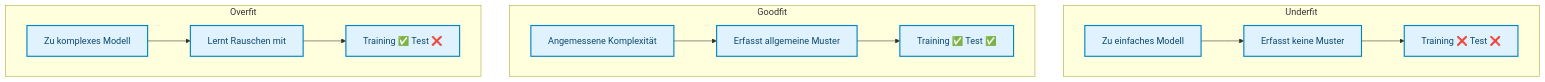
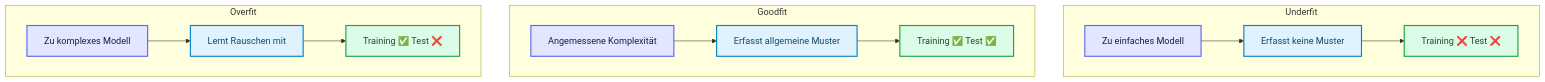
Before and after one commit to ralf-42/ML_Intro: the second of 7 diagrams in docs/concepts/evaluate/overfitting.md, drawn with Mermaid. The commit also changed 49 other files, not shown here.

````diff
--- a/docs/concepts/evaluate/overfitting.md
+++ b/docs/concepts/evaluate/overfitting.md
@@ -65,25 +65,30 @@
 ```mermaid
 flowchart TD
     subgraph underfit["Underfit"]
         U1["Zu einfaches Modell"]
         U2["Erfasst keine Muster"]
         U3["Training ❌ Test ❌"]
         U1 --> U2 --> U3
     end
     
     subgraph goodfit["Goodfit"]
         G1["Angemessene Komplexität"]
         G2["Erfasst allgemeine Muster"]
         G3["Training ✅ Test ✅"]
         G1 --> G2 --> G3
     end
     
     subgraph overfit["Overfit"]
         O1["Zu komplexes Modell"]
         O2["Lernt Rauschen mit"]
         O3["Training ✅ Test ❌"]
         O1 --> O2 --> O3
     end
 
     classDef default fill:#e0f2fe,stroke:#0284c7,stroke-width:2px,color:#0c4a6e;
+    classDef input fill:#e0e7ff,stroke:#6366f1,stroke-width:2px,color:#1e1b4b;
+    classDef output fill:#dcfce7,stroke:#16a34a,stroke-width:2px,color:#14532d;
+
+    class U1,G1,O1 input;
+    class U3,G3,O3 output;
 ```
````
